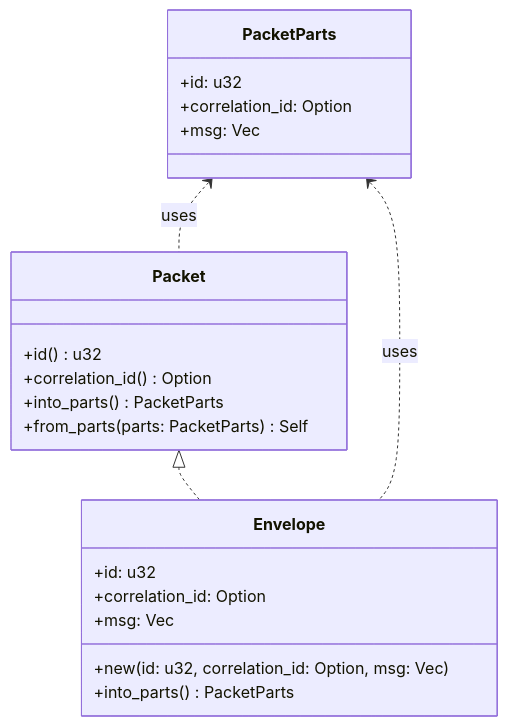
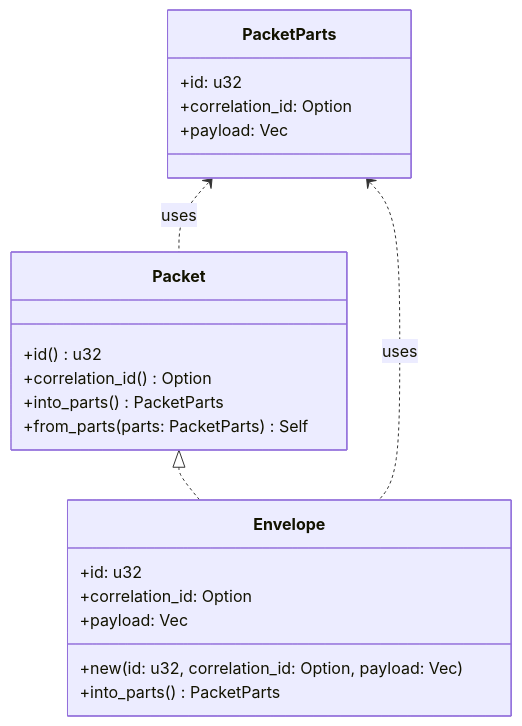
The fourth of 6 diagrams in docs/rust-binary-router-library-design.md (leynos/wireframe), drawn with Mermaid before and after one commit. The commit also changed 8 other files, not shown here.

````diff
--- a/docs/rust-binary-router-library-design.md
+++ b/docs/rust-binary-router-library-design.md
@@ -507,24 +507,24 @@
 ```mermaid
 classDiagram
     class Packet {
         +id() u32
         +correlation_id() Option<u64>
         +into_parts() PacketParts
         +from_parts(parts: PacketParts) Self
     }
     class PacketParts {
         +id: u32
         +correlation_id: Option<u64>
-        +msg: Vec<u8>
+        +payload: Vec<u8>
     }
     class Envelope {
         +id: u32
         +correlation_id: Option<u64>
-        +msg: Vec<u8>
-        +new(id: u32, correlation_id: Option<u64>, msg: Vec<u8>)
+        +payload: Vec<u8>
+        +new(id: u32, correlation_id: Option<u64>, payload: Vec<u8>)
         +into_parts() PacketParts
     }
     Packet <|.. Envelope
     PacketParts <.. Envelope : uses
     PacketParts <.. Packet : uses
 ```
````
